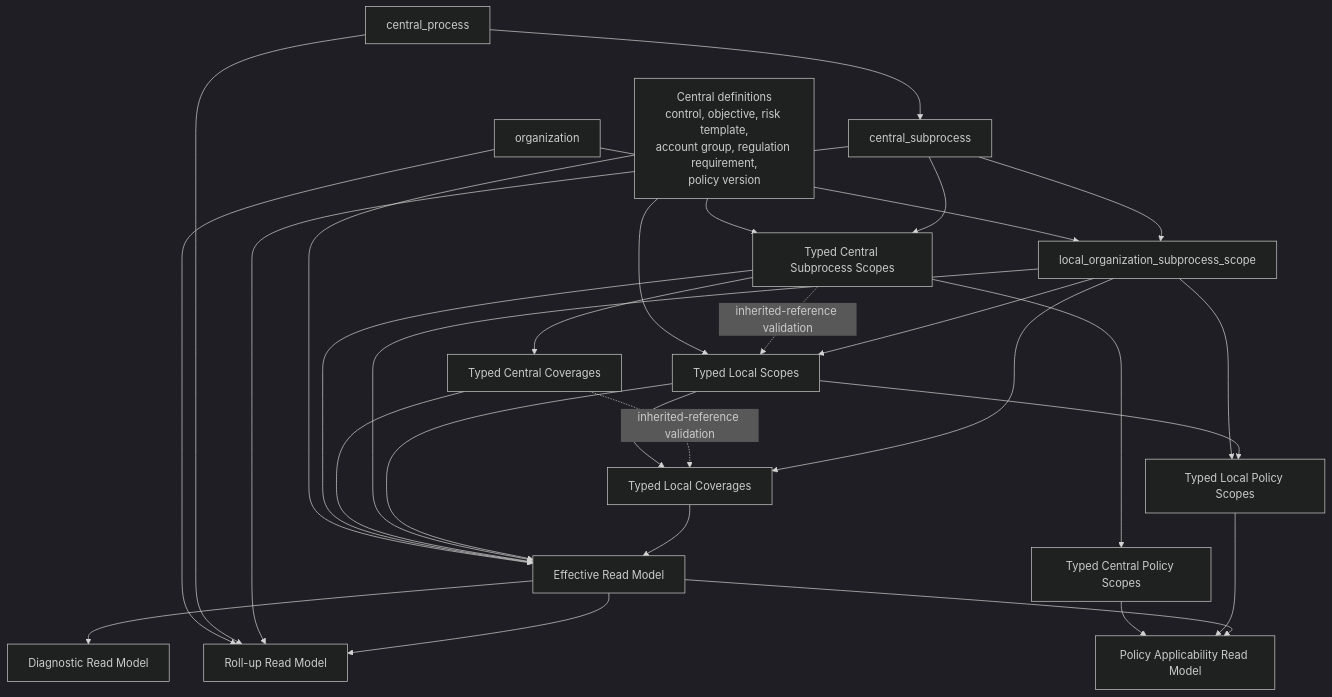
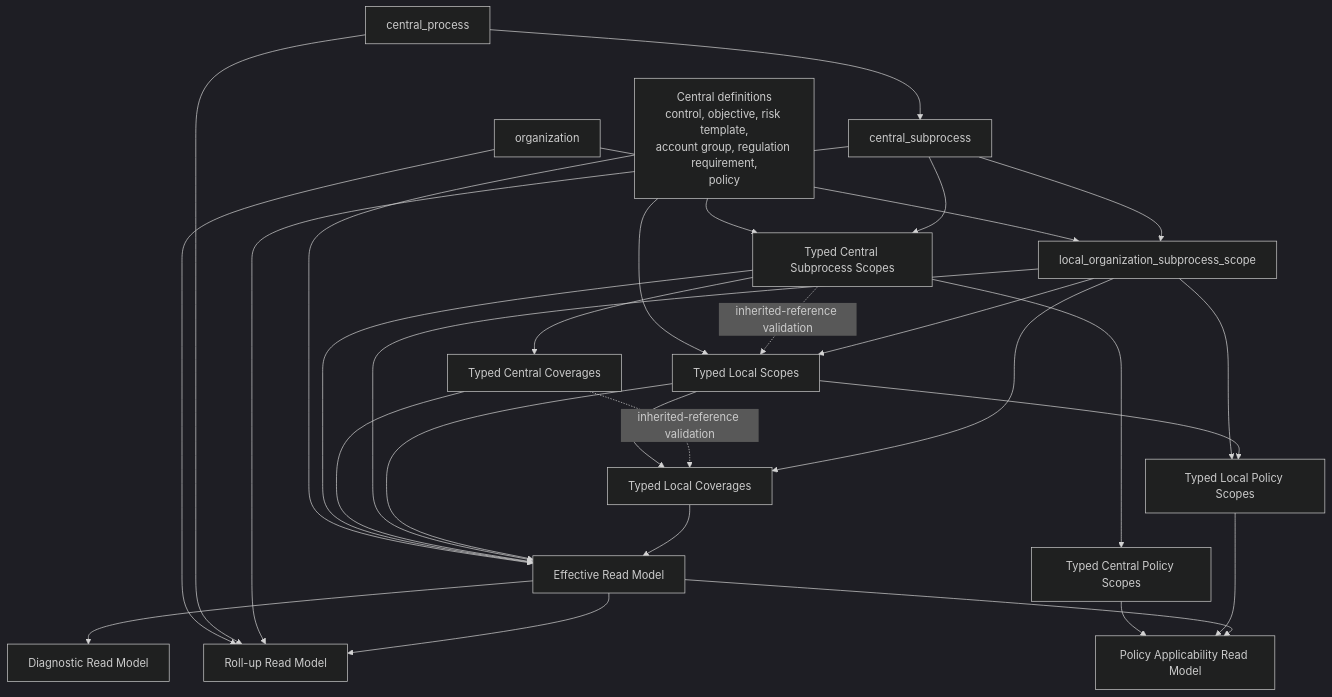
Before and after one commit to cheshmapoosh/digiaudit-grcpc: the first of 3 diagrams in grcpc-docs/master-data/dependency-map.md, drawn with Mermaid (dark theme). The commit also changed other lines of this file and 73 other files, not shown here.

````diff
--- a/grcpc-docs/master-data/dependency-map.md
+++ b/grcpc-docs/master-data/dependency-map.md
@@ -32,48 +32,48 @@
 ```mermaid
 flowchart TD
     Org[organization]
     Proc[central_process]
     Sub[central_subprocess]
-    Defs[Central definitions<br/>control, objective, risk template,<br/>account group, regulation requirement,<br/>policy version]
+    Defs[Central definitions<br/>control, objective, risk template,<br/>account group, regulation requirement,<br/>policy]
     CS[Typed Central Subprocess Scopes]
     CC[Typed Central Coverages]
     CPS[Typed Central Policy Scopes]
     LCtx[local_organization_subprocess_scope]
     LS[Typed Local Scopes]
     LC[Typed Local Coverages]
     LPS[Typed Local Policy Scopes]
     Eff[Effective Read Model]
     Diag[Diagnostic Read Model]
     Roll[Roll-up Read Model]
     Pol[Policy Applicability Read Model]
 
     Proc --> Sub
     Defs --> CS
     Sub --> CS
     CS --> CC
     CS --> CPS
     Org --> LCtx
     Sub --> LCtx
     Defs --> LS
     CS -. inherited-reference validation .-> LS
     LCtx --> LS
     LS --> LC
     CC -. inherited-reference validation .-> LC
     LCtx --> LC
     LCtx --> LPS
     LS --> LPS
     CPS --> Pol
     LPS --> Pol
     Defs --> Eff
     CS --> Eff
     CC --> Eff
     LCtx --> Eff
     LS --> Eff
     LC --> Eff
     Eff --> Diag
     Org --> Roll
     Proc --> Roll
     Sub --> Roll
     Eff --> Roll
     Eff --> Pol
 ```
````
